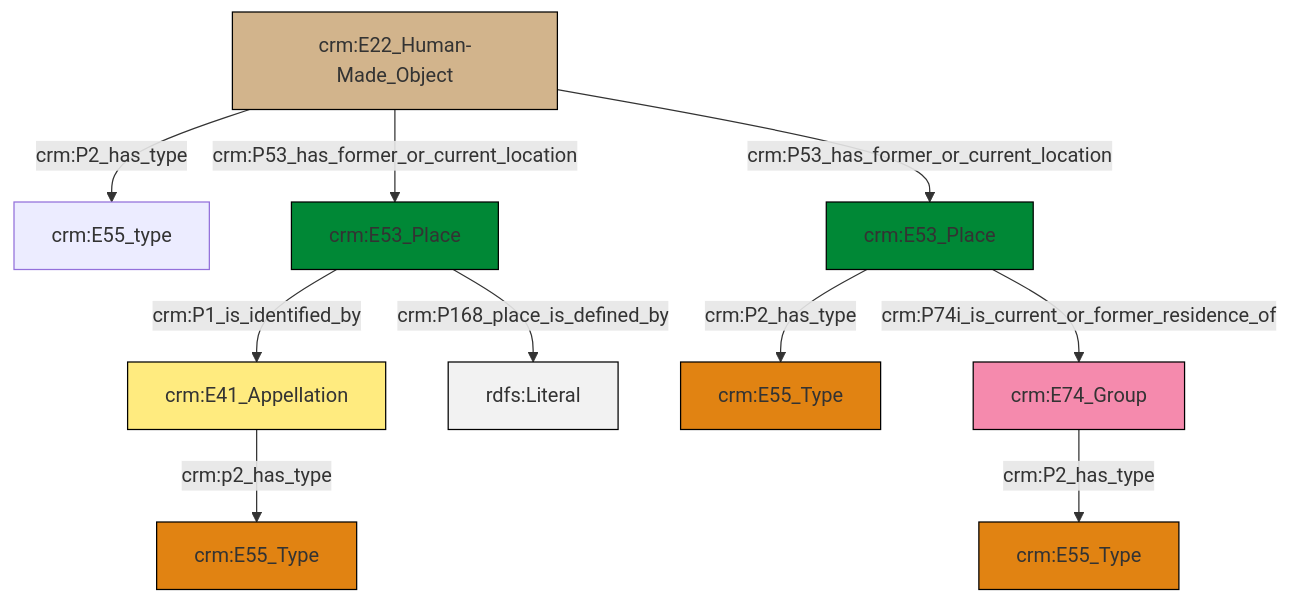
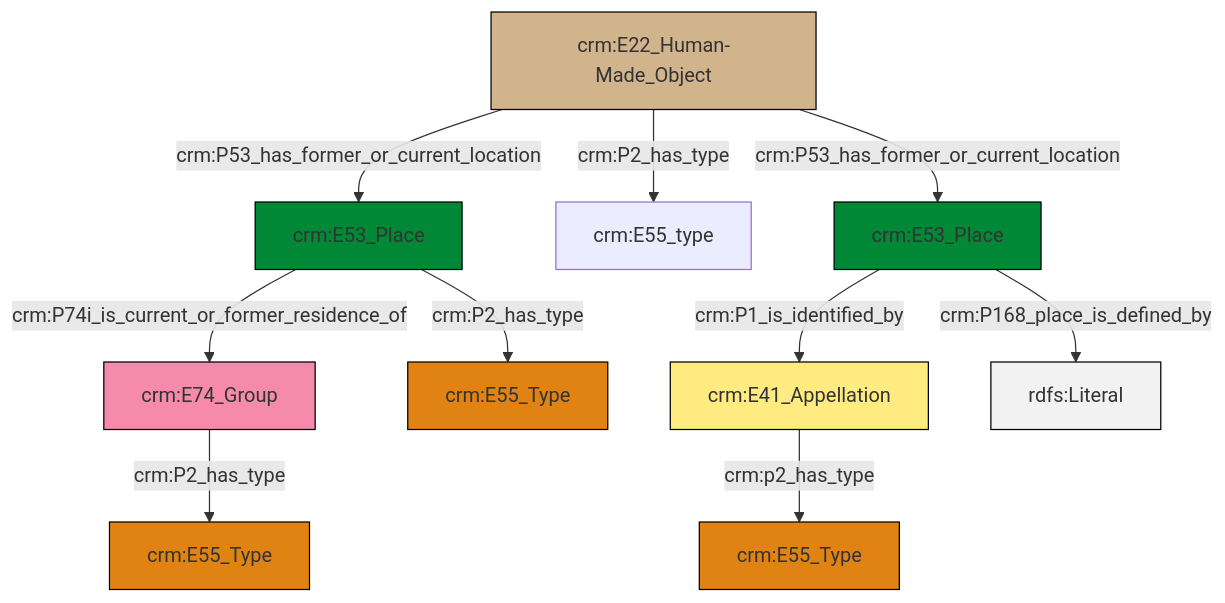
One commit to ncarboni/srdm changed the diagram in et/artworkCSV/ttl/mmd/Artwork_Location.ttl.mmd. Above: the diagram before and after it, drawn with Mermaid. The commit also changed 127 other files, not shown here.

```diff
--- a/et/artworkCSV/ttl/mmd/Artwork_Location.ttl.mmd
+++ b/et/artworkCSV/ttl/mmd/Artwork_Location.ttl.mmd
@@ -1,24 +1,24 @@
 graph TD
 classDef Literal fill:#f2f2f2,stroke:#000000;
 classDef CRM_Entity fill:#FFFFFF,stroke:#000000;
 classDef Temporal_Entity fill:#00C9E6, stroke:#000000;
 classDef Type fill:#E18312, stroke:#000000;
 classDef Time-Span fill:#2C9C91, stroke:#000000;
 classDef Appellation fill:#FFEB7F, stroke:#000000;
 classDef Place fill:#008836, stroke:#000000;
 classDef Persistent_Item fill:#B266B2, stroke:#000000;
 classDef Conceptual_Object fill:#FFD700, stroke:#000000;
 classDef Physical_Thing fill:#D2B48C, stroke:#000000;
 classDef Actor fill:#f58aad, stroke:#000000;
 classDef PC_Classes fill:#4ce600, stroke:#000000;
 classDef Multi fill:#cccccc,stroke:#000000;
 
-6["crm:E41_Appellation"]:::Appellation -->|crm:p2_has_type| 0["crm:E55_Type"]:::Type
-7["crm:E53_Place"]:::Place -->|crm:P168_place_is_defined_by| 8[rdfs:Literal]:::Literal
-9["crm:E53_Place"]:::Place -->|crm:P2_has_type| 10["crm:E55_Type"]:::Type
-13["crm:E74_Group"]:::Actor -->|crm:P2_has_type| 4["crm:E55_Type"]:::Type
-7["crm:E53_Place"]:::Place -->|crm:P1_is_identified_by| 6["crm:E41_Appellation"]:::Appellation
-17["crm:E22_Human-Made_Object"]:::Physical_Thing -->|crm:P53_has_former_or_current_location| 7["crm:E53_Place"]:::Place
-17["crm:E22_Human-Made_Object"]:::Physical_Thing -->|crm:P2_has_type| 2["crm:E55_type"]:::Default
-17["crm:E22_Human-Made_Object"]:::Physical_Thing -->|crm:P53_has_former_or_current_location| 9["crm:E53_Place"]:::Place
-9["crm:E53_Place"]:::Place -->|crm:P74i_is_current_or_former_residence_of| 13["crm:E74_Group"]:::Actor
+0["crm:E53_Place"]:::Place -->|crm:P74i_is_current_or_former_residence_of| 8["crm:E74_Group"]:::Actor
+0["crm:E53_Place"]:::Place -->|crm:P2_has_type| 9["crm:E55_Type"]:::Type
+10["crm:E41_Appellation"]:::Appellation -->|crm:p2_has_type| 2["crm:E55_Type"]:::Type
+4["crm:E22_Human-Made_Object"]:::Physical_Thing -->|crm:P53_has_former_or_current_location| 0["crm:E53_Place"]:::Place
+4["crm:E22_Human-Made_Object"]:::Physical_Thing -->|crm:P2_has_type| 6["crm:E55_type"]:::Default
+11["crm:E53_Place"]:::Place -->|crm:P1_is_identified_by| 10["crm:E41_Appellation"]:::Appellation
+8["crm:E74_Group"]:::Actor -->|crm:P2_has_type| 14["crm:E55_Type"]:::Type
+4["crm:E22_Human-Made_Object"]:::Physical_Thing -->|crm:P53_has_former_or_current_location| 11["crm:E53_Place"]:::Place
+11["crm:E53_Place"]:::Place -->|crm:P168_place_is_defined_by| 21[rdfs:Literal]:::Literal
```
